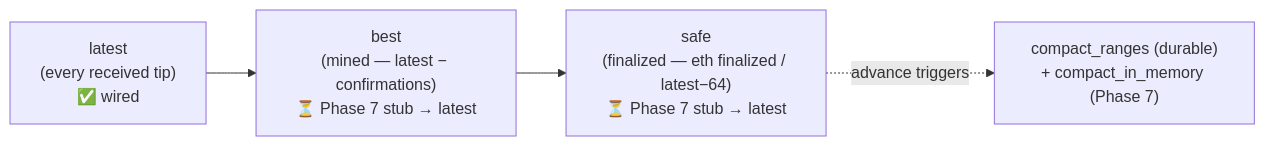
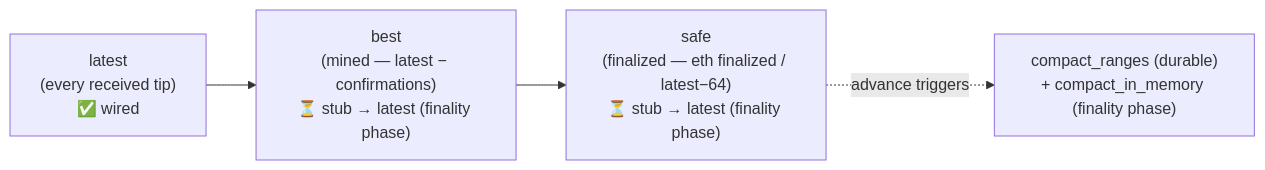
One commit to nikicat/chainfold changed the tenth of 12 diagrams in docs/ARCHITECTURE.md. Above: the diagram before and after it, drawn with Mermaid. The commit also changed other lines of this file and 11 other files, not shown here.

````diff
--- a/docs/ARCHITECTURE.md
+++ b/docs/ARCHITECTURE.md
@@ -1200,8 +1202,8 @@
 ```mermaid
 flowchart LR
     latest["latest<br/>(every received tip)<br/>✅ wired"]
-    best["best<br/>(mined — latest − confirmations)<br/>⏳ Phase 7 stub → latest"]
-    safe["safe<br/>(finalized — eth finalized / latest−64)<br/>⏳ Phase 7 stub → latest"]
+    best["best<br/>(mined — latest − confirmations)<br/>⏳ stub → latest (finality phase)"]
+    safe["safe<br/>(finalized — eth finalized / latest−64)<br/>⏳ stub → latest (finality phase)"]
     latest --> best --> safe
-    safe -. "advance triggers" .-> compact["compact_ranges (durable)<br/>+ compact_in_memory (Phase 7)"]
+    safe -. "advance triggers" .-> compact["compact_ranges (durable)<br/>+ compact_in_memory (finality phase)"]
 ```
````
